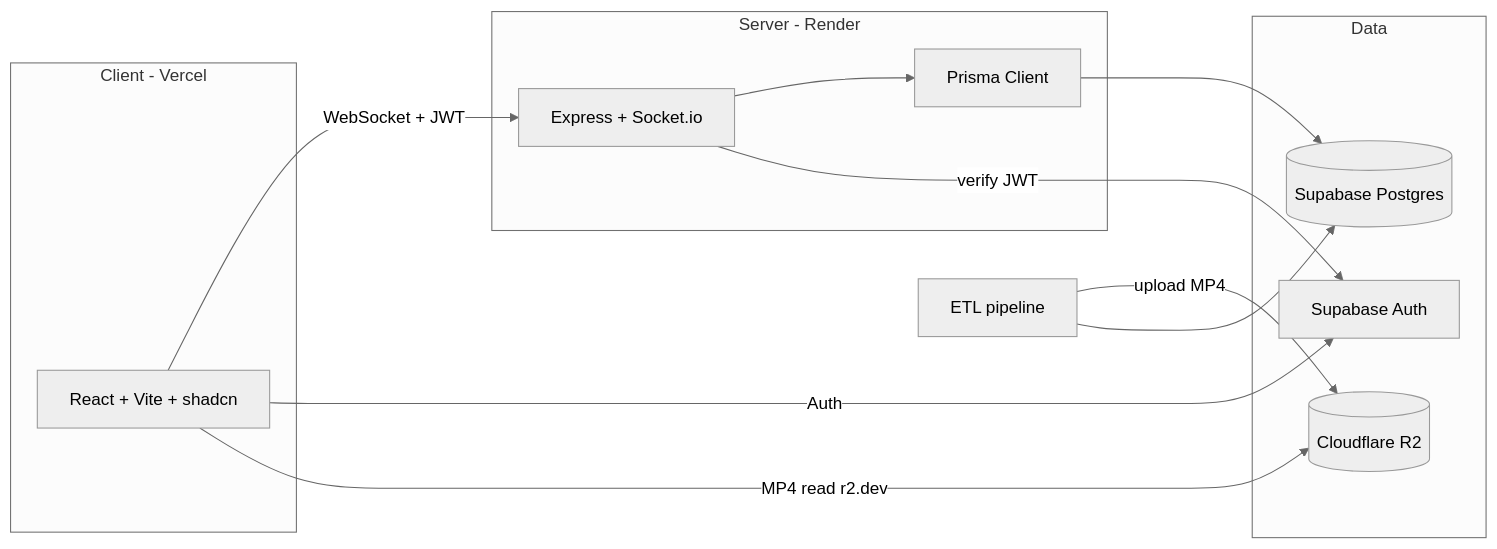
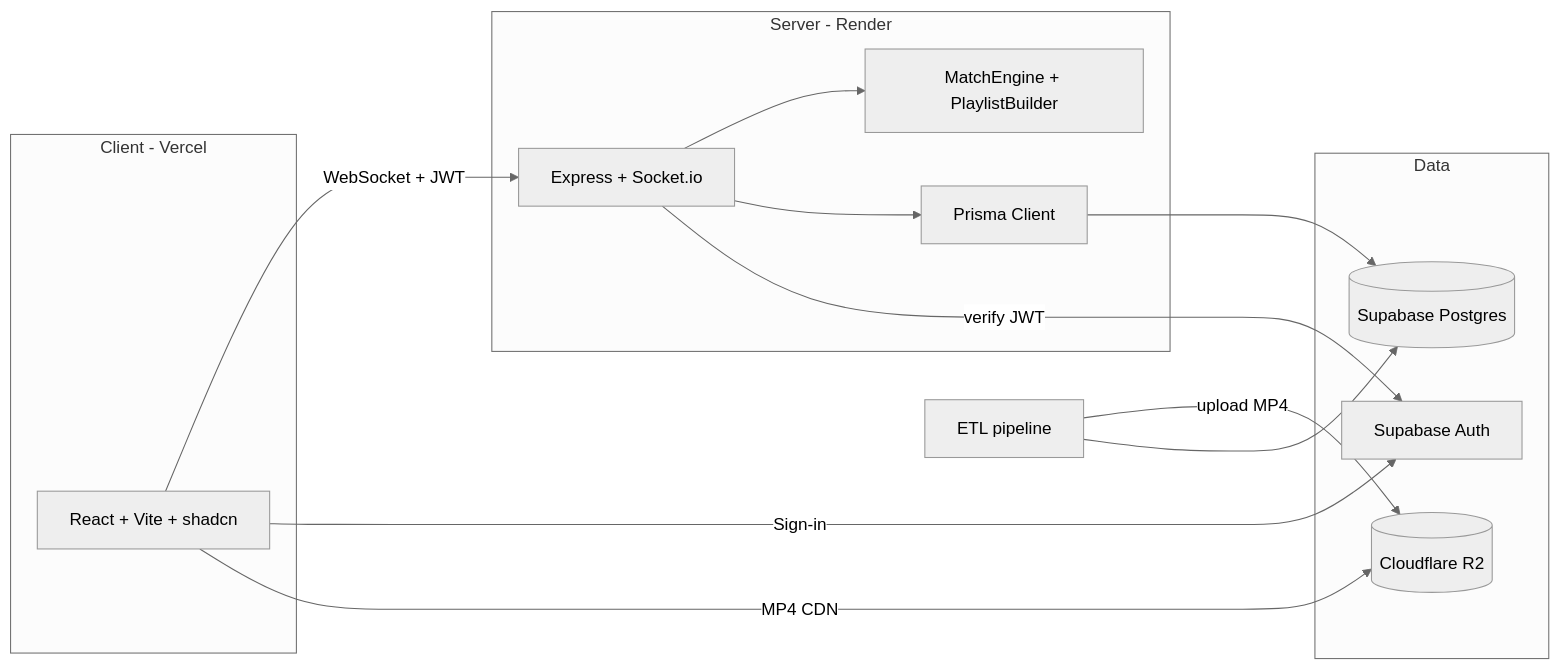
One commit to Hugoae/aniquizz changed the diagram in ARCHITECTURE.md. Above: the diagram before and after it, drawn with Mermaid (neutral theme). The commit also changed other lines of this file and 121 other files, not shown here.

````diff
--- a/ARCHITECTURE.md
+++ b/ARCHITECTURE.md
@@ -8,22 +7,24 @@
 ```mermaid
 flowchart LR
   subgraph client [Client - Vercel]
     react[React + Vite + shadcn]
   end
   subgraph server [Server - Render]
     express[Express + Socket.io]
+    engine[MatchEngine + PlaylistBuilder]
     prisma[Prisma Client]
   end
   subgraph data [Data]
     pg[(Supabase Postgres)]
     auth[Supabase Auth]
     r2[(Cloudflare R2)]
   end
   react -->|WebSocket + JWT| express
-  react -->|Auth| auth
-  react -->|MP4 read r2.dev| r2
+  react -->|Sign-in| auth
+  react -->|MP4 CDN| r2
+  express --> engine
   express --> prisma --> pg
   express -->|verify JWT| auth
   pipeline[ETL pipeline] -->|upload MP4| r2
   pipeline --> pg
 ```
````
